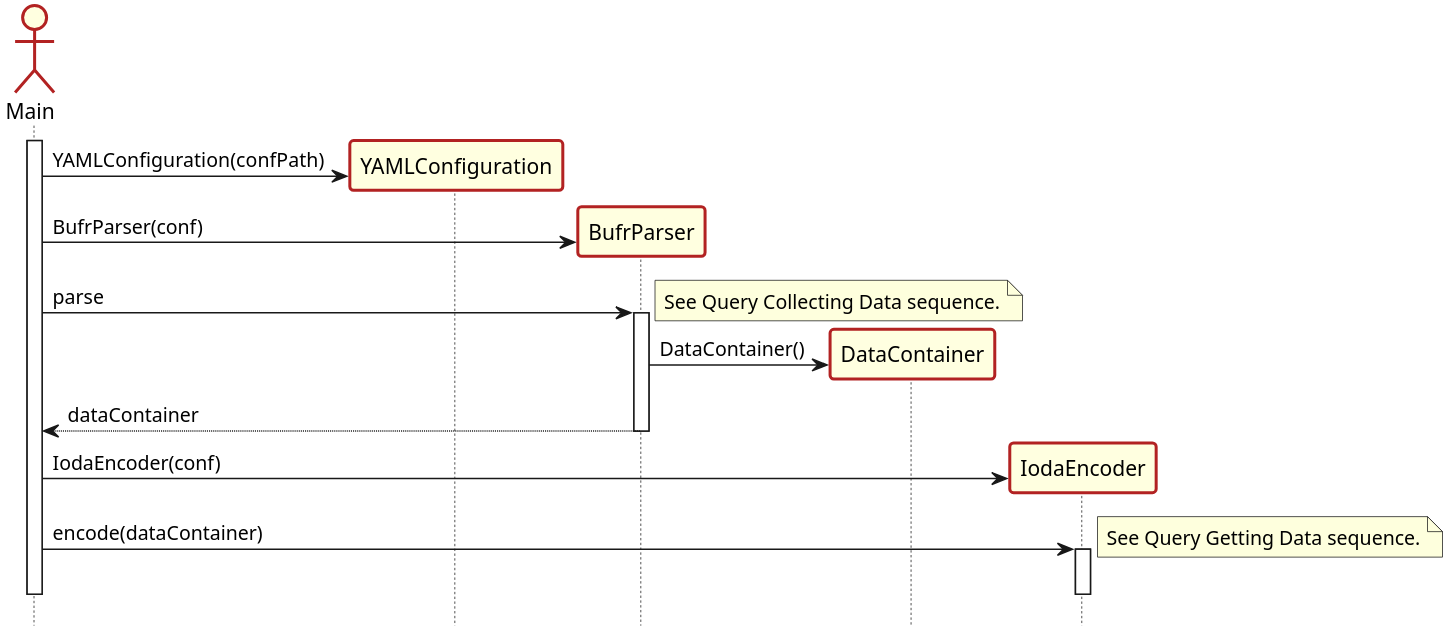
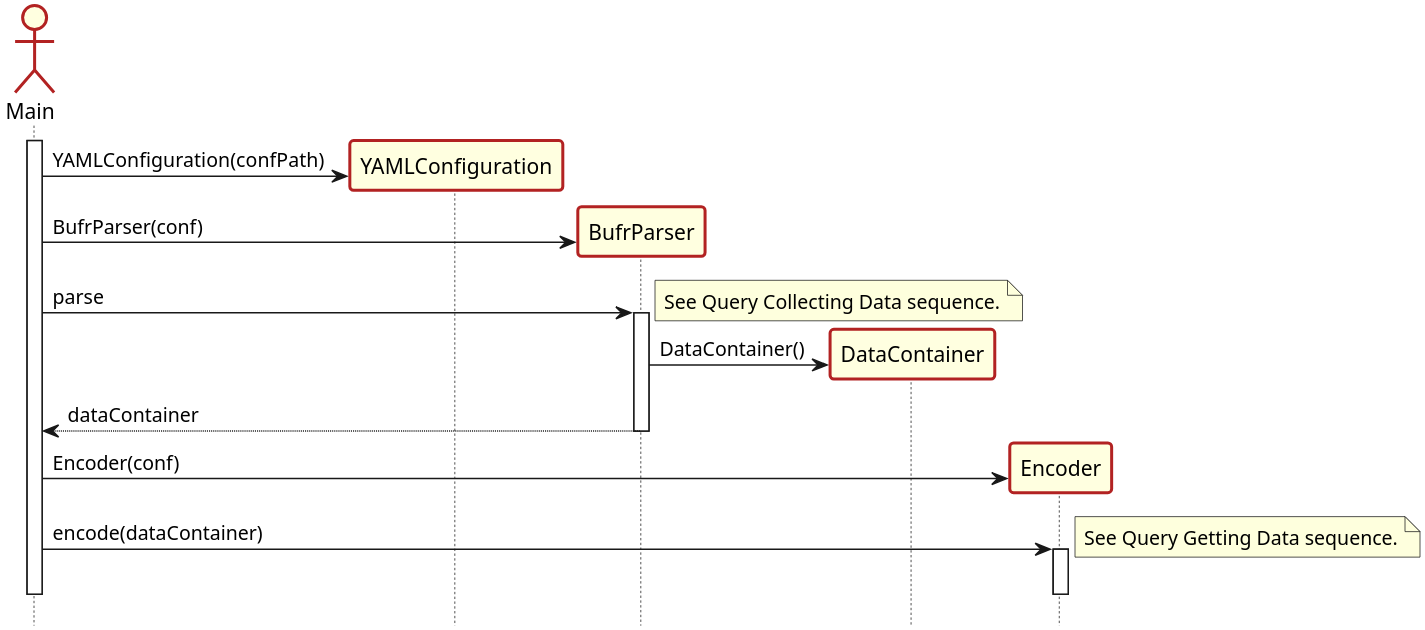
Before and after one commit to NOAA-EMC/bufr-query: the diagram in docs/uml/BUFR_BigPictureSeq.puml, drawn with PlantUML. The commit also changed 6 other files, not shown here.

```diff
--- a/docs/uml/BUFR_BigPictureSeq.puml
+++ b/docs/uml/BUFR_BigPictureSeq.puml
@@ -1,51 +1,51 @@
 @startuml
 hide footbox
 skinparam dpi 300
 skinparam SequenceActorBorderThickness 2
 skinparam SequenceActorBorderColor #firebrick
 skinparam ActorBackgroundColor #lightyellow
 skinparam ParticipantBackgroundColor #lightyellow
 skinparam ParticipantBorderThickness 2
 skinparam ParticipantBorderColor #firebrick
 
 actor Main
 participant YAMLConfiguration
 participant BufrParser
 participant DataContainer
-participant IodaEncoder
+participant Encoder
 
 activate Main
 
 create YAMLConfiguration
 Main -> YAMLConfiguration : YAMLConfiguration(confPath)
 
 create BufrParser
 Main -> BufrParser : BufrParser(conf)
 
 
 Main -> BufrParser : parse
 activate BufrParser
 
 note right
   See Query Collecting Data sequence.
 end note
 
 create DataContainer
 BufrParser -> DataContainer : DataContainer()
 return dataContainer
 deactivate BufrParser
 
-create IodaEncoder
-Main -> IodaEncoder : IodaEncoder(conf)
-Main -> IodaEncoder : encode(dataContainer)
-activate IodaEncoder
+create Encoder
+Main -> Encoder : Encoder(conf)
+Main -> Encoder : encode(dataContainer)
+activate Encoder
 note right
   See Query Getting Data sequence.
 end note
-deactivate IodaEncoder
+deactivate Encoder
 
 
 deactivate Main
 
 
 @enduml
```
